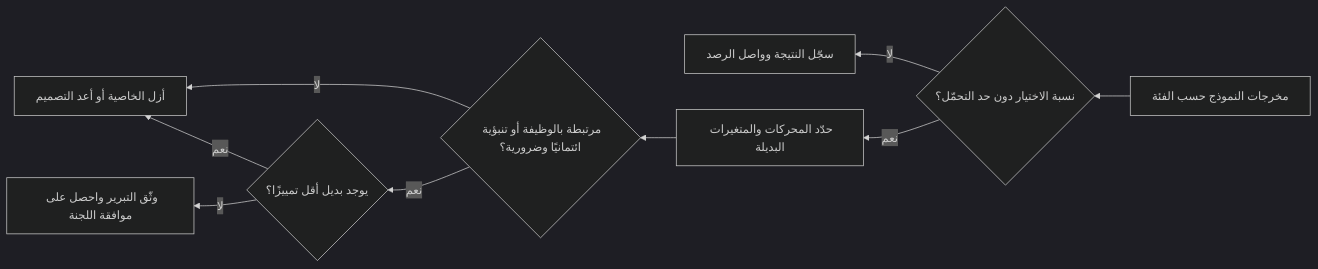
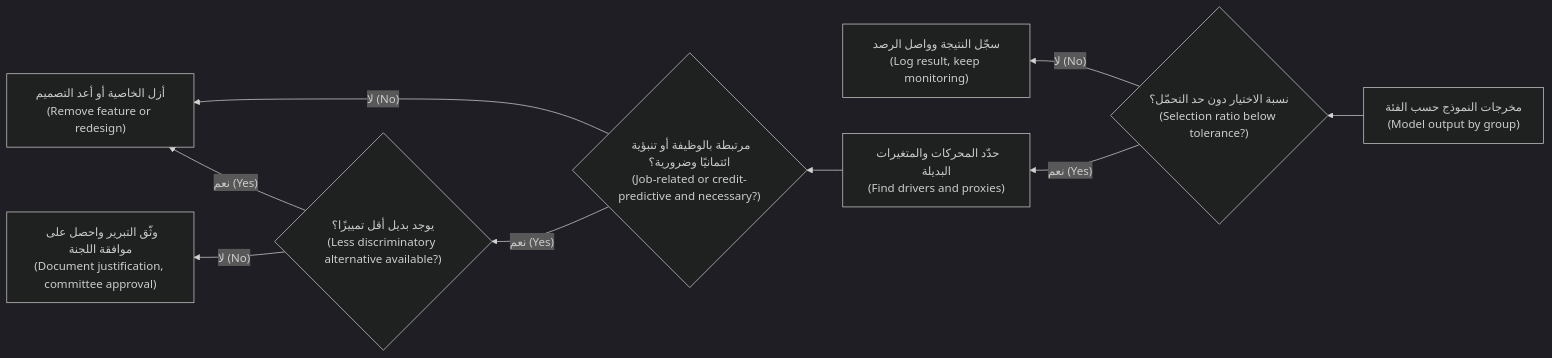
The first of 2 diagrams in aigp/modules/05-other-laws.ar.md (Tamoura/system-design-for-vibe-coders), drawn with Mermaid (dark theme) before and after one commit. The commit also changed other lines of this file and 62 other files, not shown here.

First line of the commit message:
Arabic editions: English on every diagram label, RTL fixes, rebuild

````diff
--- a/aigp/modules/05-other-laws.ar.md
+++ b/aigp/modules/05-other-laws.ar.md
@@ -87,11 +87,11 @@
 ```mermaid
 flowchart RL
-    A[مخرجات النموذج حسب الفئة] --> B{نسبة الاختيار دون حد التحمّل؟}
-    B -- لا --> C[سجّل النتيجة وواصل الرصد]
-    B -- نعم --> D[حدّد المحركات والمتغيرات البديلة]
-    D --> E{مرتبطة بالوظيفة أو تنبؤية ائتمانيًا وضرورية؟}
-    E -- لا --> F[أزل الخاصية أو أعد التصميم]
-    E -- نعم --> G{يوجد بديل أقل تمييزًا؟}
-    G -- نعم --> F
-    G -- لا --> H[وثّق التبرير واحصل على موافقة اللجنة]
+    A["مخرجات النموذج حسب الفئة<br/>(Model output by group)"] --> B{"نسبة الاختيار دون حد التحمّل؟<br/>(Selection ratio below tolerance?)"}
+    B -- "لا (No)" --> C["سجّل النتيجة وواصل الرصد<br/>(Log result, keep monitoring)"]
+    B -- "نعم (Yes)" --> D["حدّد المحركات والمتغيرات البديلة<br/>(Find drivers and proxies)"]
+    D --> E{"مرتبطة بالوظيفة أو تنبؤية ائتمانيًا وضرورية؟<br/>(Job-related or credit-predictive and necessary?)"}
+    E -- "لا (No)" --> F["أزل الخاصية أو أعد التصميم<br/>(Remove feature or redesign)"]
+    E -- "نعم (Yes)" --> G{"يوجد بديل أقل تمييزًا؟<br/>(Less discriminatory alternative available?)"}
+    G -- "نعم (Yes)" --> F
+    G -- "لا (No)" --> H["وثّق التبرير واحصل على موافقة اللجنة<br/>(Document justification, committee approval)"]
 ```
````
